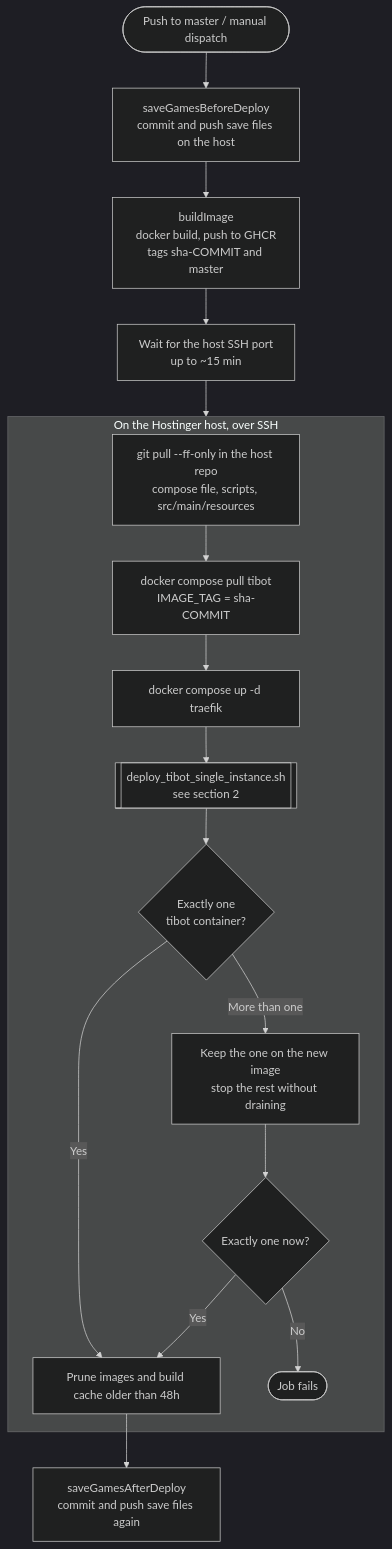
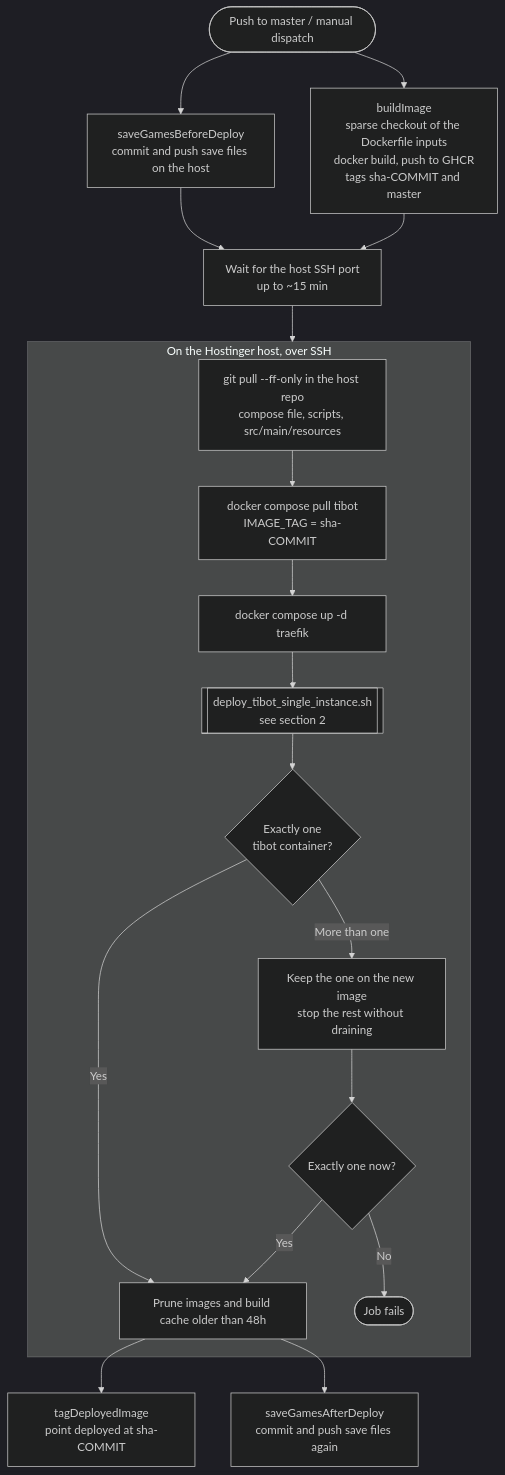
The first of 5 diagrams in DEPLOYMENT.md (AsyncTI4/TI4_map_generator_bot), drawn with Mermaid (dark theme) before and after one commit. The commit also changed other lines of this file and 4 other files, not shown here.

Commit message:
Build the bot image alongside the save backup, from a sparse checkout (#6135)

````diff
--- a/DEPLOYMENT.md
+++ b/DEPLOYMENT.md
@@ -24,22 +24,24 @@
 ```mermaid
 flowchart TD
     push([Push to master / manual dispatch]) --> backup1[saveGamesBeforeDeploy<br/>commit and push save files on the host]
-    backup1 --> build["buildImage<br/>docker build, push to GHCR<br/>tags sha-COMMIT and master"]
-    build --> ssh[Wait for the host SSH port<br/>up to ~15 min]
+    push --> build["buildImage<br/>sparse checkout of the Dockerfile inputs<br/>docker build, push to GHCR<br/>tags sha-COMMIT and master"]
+    backup1 --> ssh[Wait for the host SSH port<br/>up to ~15 min]
+    build --> ssh
     ssh --> remote
 
     subgraph remote [On the Hostinger host, over SSH]
         pull["git pull --ff-only in the host repo<br/>compose file, scripts, src/main/resources"]
         pull --> img["docker compose pull tibot<br/>IMAGE_TAG = sha-COMMIT"]
         img --> traefik[docker compose up -d traefik]
         traefik --> rollout[["deploy_tibot_single_instance.sh<br/>see section 2"]]
         rollout --> verify{Exactly one<br/>tibot container?}
         verify -->|More than one| extras["Keep the one on the new image<br/>stop the rest without draining"]
         extras --> verify2{Exactly one now?}
         verify -->|Yes| prune[Prune images and build cache older than 48h]
         verify2 -->|Yes| prune
         verify2 -->|No| fail([Job fails])
     end
 
+    prune --> tag["tagDeployedImage<br/>point deployed at sha-COMMIT"]
     prune --> backup2[saveGamesAfterDeploy<br/>commit and push save files again]
 ```
````
